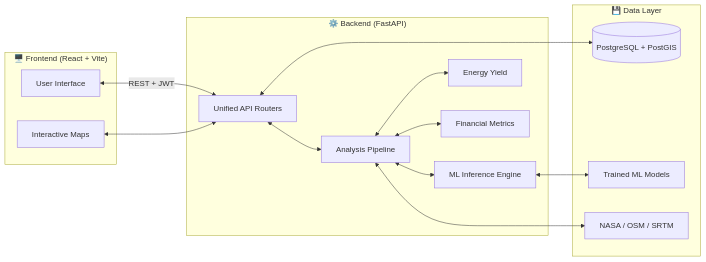
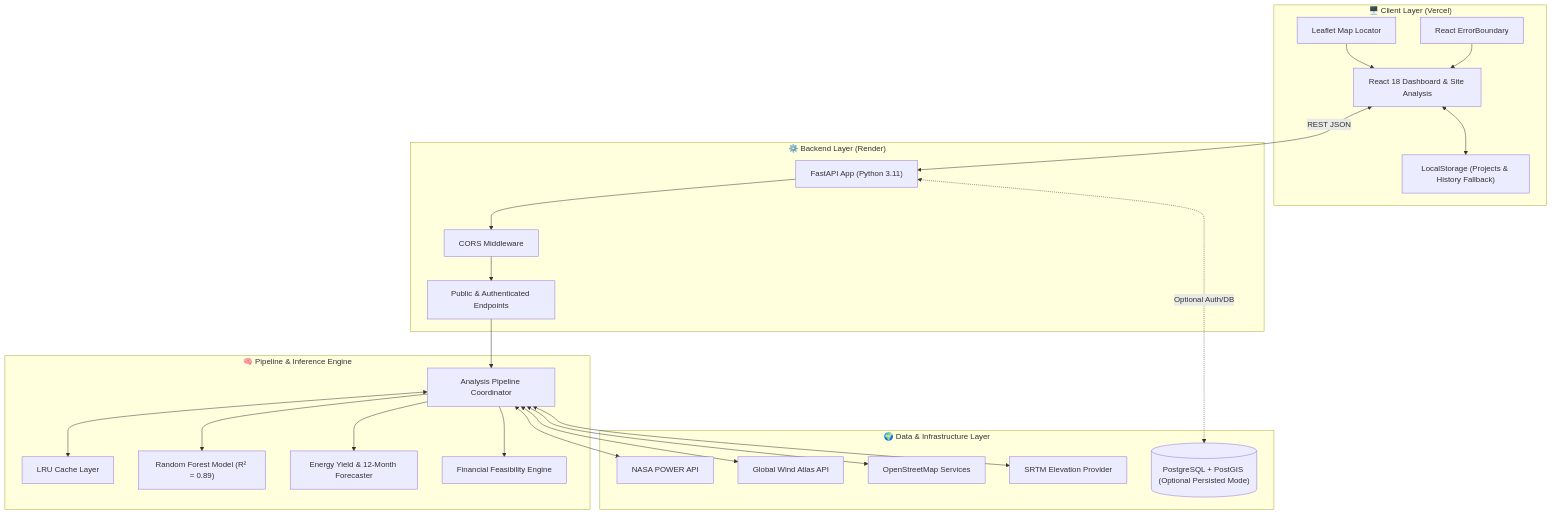
One commit to Smita-Mhatugade/Solar_-_Wind_Deployment_Intelligence_Platform changed the diagram in README.md. Above: the diagram before and after it, drawn with Mermaid. The commit also changed other lines of this file, not shown here.

````diff
--- a/README.md
+++ b/README.md
@@ -71,31 +75,48 @@
 ```mermaid
-graph LR
-    subgraph Frontend ["🖥️ Frontend (React + Vite)"]
-        UI[User Interface]
-        Maps[Interactive Maps]
+graph TD
+    subgraph Client ["🖥️ Client Layer (Vercel)"]
+        UI["React 18 Dashboard & Site Analysis"]
+        Map["Leaflet Map Locator"]
+        Storage["LocalStorage (Projects & History Fallback)"]
+        EB["React ErrorBoundary"]
     end
 
-    subgraph Backend ["⚙️ Backend (FastAPI)"]
-        API[Unified API Routers]
-        Pipeline[Analysis Pipeline]
-        ML[ML Inference Engine]
-        Forecasting[Energy Yield]
-        Finance[Financial Metrics]
+    subgraph API Gateway ["⚙️ Backend Layer (Render)"]
+        FastAPI["FastAPI App (Python 3.11)"]
+        CORS["CORS Middleware"]
+        PublicAPI["Public & Authenticated Endpoints"]
     end
 
-    subgraph Data ["💾 Data Layer"]
-        DB[(PostgreSQL + PostGIS)]
-        Models[Trained ML Models]
-        External["NASA / OSM / SRTM"]
+    subgraph Processing ["🧠 Pipeline & Inference Engine"]
+        Cache["LRU Cache Layer"]
+        Pipeline["Analysis Pipeline Coordinator"]
+        MLModel["Random Forest Model (R² = 0.89)"]
+        EnergyCalc["Energy Yield & 12-Month Forecaster"]
+        FinCalc["Financial Feasibility Engine"]
     end
 
-    UI <--> |REST + JWT| API
-    Maps <--> API
-    API <--> Pipeline
-    Pipeline <--> ML
-    Pipeline <--> Forecasting
-    Pipeline <--> Finance
-    Pipeline <--> External
-    ML <--> Models
-    API <--> DB
+    subgraph Data Sources ["🌍 Data & Infrastructure Layer"]
+        NASA["NASA POWER API"]
+        GWA["Global Wind Atlas API"]
+        OSM["OpenStreetMap Services"]
+        SRTM["SRTM Elevation Provider"]
+        DB[("PostgreSQL + PostGIS (Optional Persisted Mode)")]
+    end
+
+    UI <--> |REST JSON| FastAPI
+    Map --> UI
+    UI <--> Storage
+    EB --> UI
+    
+    FastAPI --> CORS --> PublicAPI --> Pipeline
+    Pipeline <--> Cache
+    Pipeline --> MLModel
+    Pipeline --> EnergyCalc
+    Pipeline --> FinCalc
+    
+    Pipeline <--> NASA
+    Pipeline <--> GWA
+    Pipeline <--> OSM
+    Pipeline <--> SRTM
+    FastAPI <-.-> |Optional Auth/DB| DB
 ```
````
